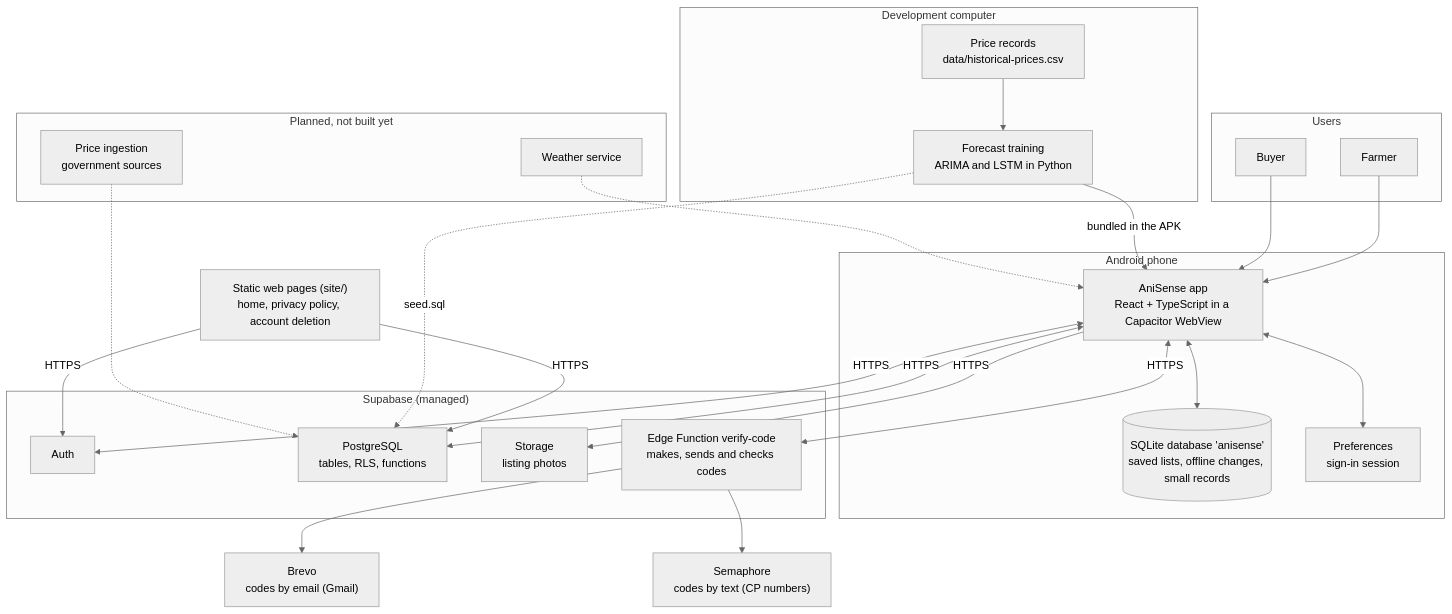
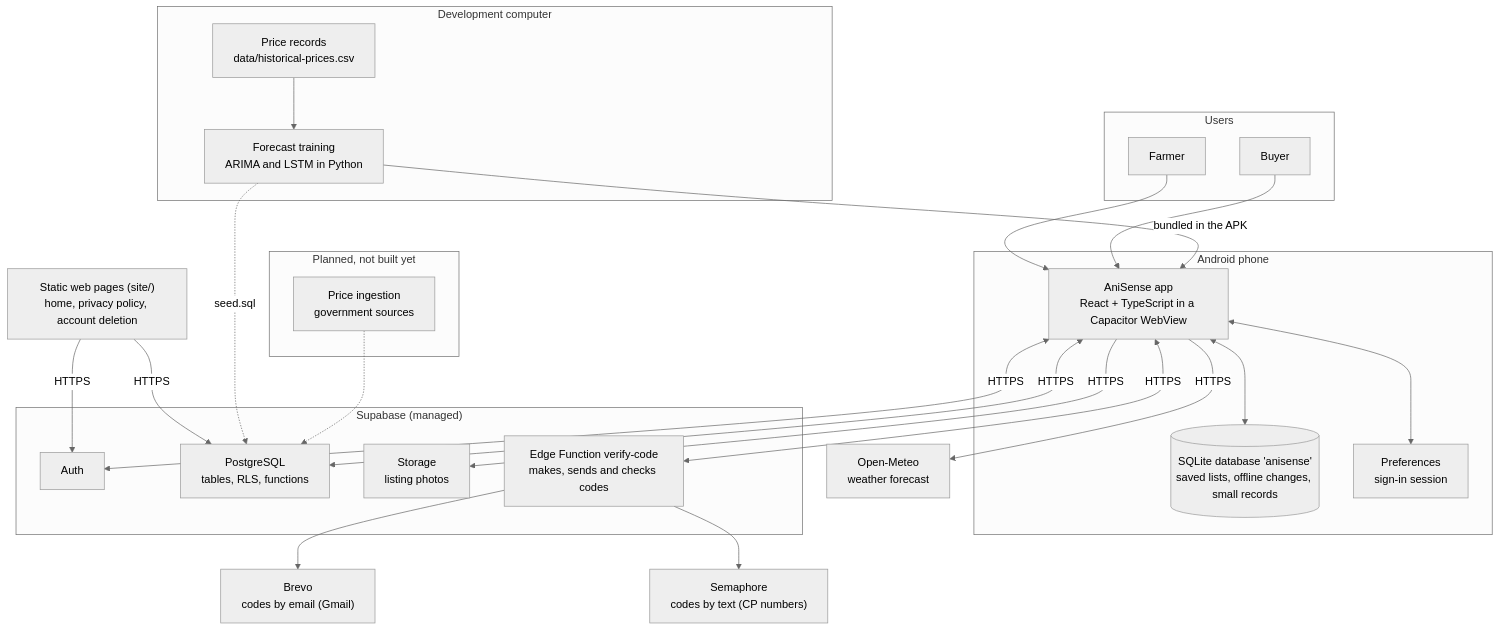
One commit to yslruzly/AniSense changed the first of 11 diagrams in docs/architecture.md. Above: the diagram before and after it, drawn with Mermaid (neutral theme). The commit also changed other lines of this file and 14 other files, not shown here.

Commit message:
Uses open-meteo.com api weather

````diff
--- a/docs/architecture.md
+++ b/docs/architecture.md
@@ -22,52 +22,52 @@
 ```mermaid
 flowchart TB
   subgraph Users
     Farmer["Farmer"]
     Buyer["Buyer"]
   end
 
   subgraph Device["Android phone"]
     App["AniSense app<br/>React + TypeScript in a Capacitor WebView"]
     SQLite[("SQLite database 'anisense'<br/>saved lists, offline changes, small records")]
     Prefs["Preferences<br/>sign-in session"]
   end
 
   subgraph Supabase["Supabase (managed)"]
     Auth["Auth"]
     DB["PostgreSQL<br/>tables, RLS, functions"]
     Storage["Storage<br/>listing photos"]
     Fn["Edge Function verify-code<br/>makes, sends and checks codes"]
   end
 
   Brevo["Brevo<br/>codes by email (Gmail)"]
+  Meteo["Open-Meteo<br/>weather forecast"]
   Sema["Semaphore<br/>codes by text (CP numbers)"]
   Web["Static web pages (site/)<br/>home, privacy policy, account deletion"]
 
   subgraph Build["Development computer"]
     Csv["Price records<br/>data/historical-prices.csv"]
     Train["Forecast training<br/>ARIMA and LSTM in Python"]
   end
 
   subgraph Planned["Planned, not built yet"]
     Prices["Price ingestion<br/>government sources"]
-    Wx["Weather service"]
   end
 
   Farmer --> App
   Buyer --> App
   App <--> SQLite
   App <--> Prefs
   App <-->|HTTPS| Auth
   App <-->|HTTPS| DB
   App -->|HTTPS| Storage
   App <-->|HTTPS| Fn
   Fn --> Brevo
   Fn --> Sema
   Web -->|HTTPS| Auth
   Web -->|HTTPS| DB
   Csv --> Train
   Train -->|bundled in the APK| App
   Train -.->|seed.sql| DB
   Prices -.-> DB
-  Wx -.-> App
+  App -->|HTTPS| Meteo
 ```
````
